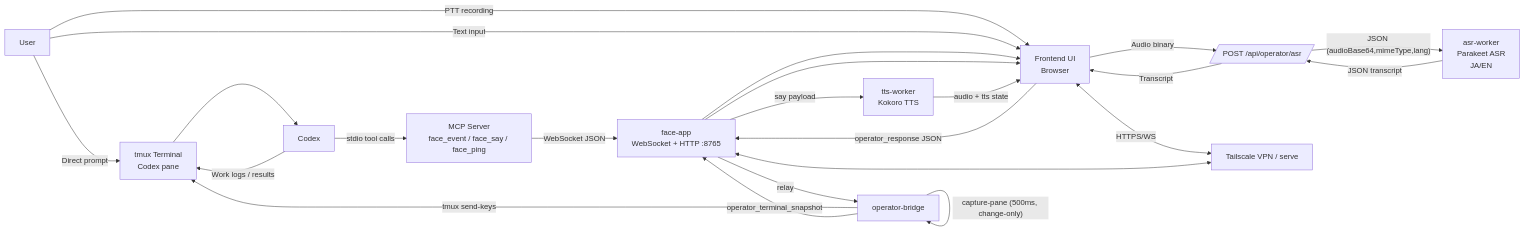
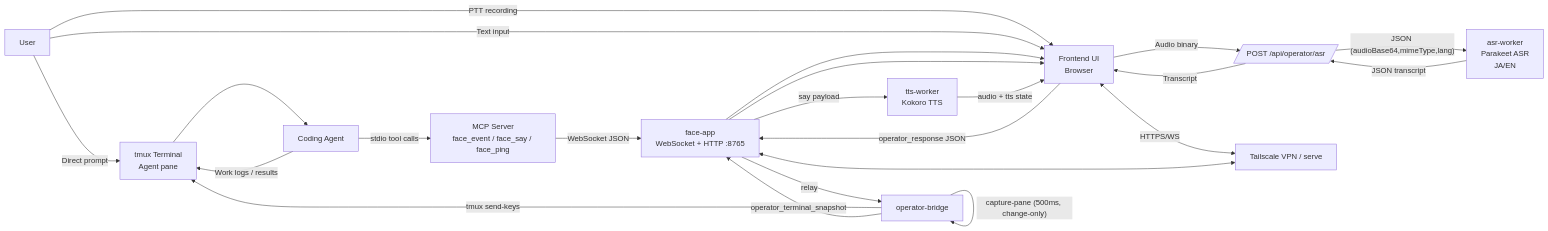
One commit to amariichi/MinimumHeadroom changed the first of 4 diagrams in README.md. Above: the diagram before and after it, drawn with Mermaid. The commit also changed other lines of this file and 16 other files, not shown here.

````diff
--- a/README.md
+++ b/README.md
@@ -88,43 +59,43 @@
 ```mermaid
 flowchart LR
   U[User]
-  TMUX[tmux Terminal<br/>Codex pane]
-  C[Codex]
+  TMUX[tmux Terminal<br/>Agent pane]
+  C[Coding Agent]
   MCP[MCP Server<br/>face_event / face_say / face_ping]
   WS[face-app<br/>WebSocket + HTTP :8765]
   FE[Frontend UI<br/>Browser]
   BR[operator-bridge]
   ASRP[/POST /api/operator/asr/]
   ASR[asr-worker<br/>Parakeet ASR<br/>JA/EN]
   TTS[tts-worker<br/>Kokoro TTS]
   TS[Tailscale VPN / serve]
 
   U -- Direct prompt --> TMUX
   U -- PTT recording --> FE
   U -- Text input --> FE
 
   FE -- Audio binary --> ASRP
   ASRP -- JSON (audioBase64,mimeType,lang) --> ASR
   ASR -- JSON transcript --> ASRP
   ASRP -- Transcript --> FE
 
   FE -- operator_response JSON --> WS
   WS -- relay --> BR
   BR -- tmux send-keys --> TMUX
   TMUX --> C
   C -- Work logs / results --> TMUX
 
   BR -- capture-pane (500ms, change-only) --> BR
   BR -- operator_terminal_snapshot --> WS
   WS --> FE
 
   C -- stdio tool calls --> MCP
   MCP -- WebSocket JSON --> WS
   WS --> FE
 
   WS -- say payload --> TTS
   TTS -- audio + tts state --> FE
 
   FE <-- HTTPS/WS --> TS
   TS <---> WS
 ```
````
